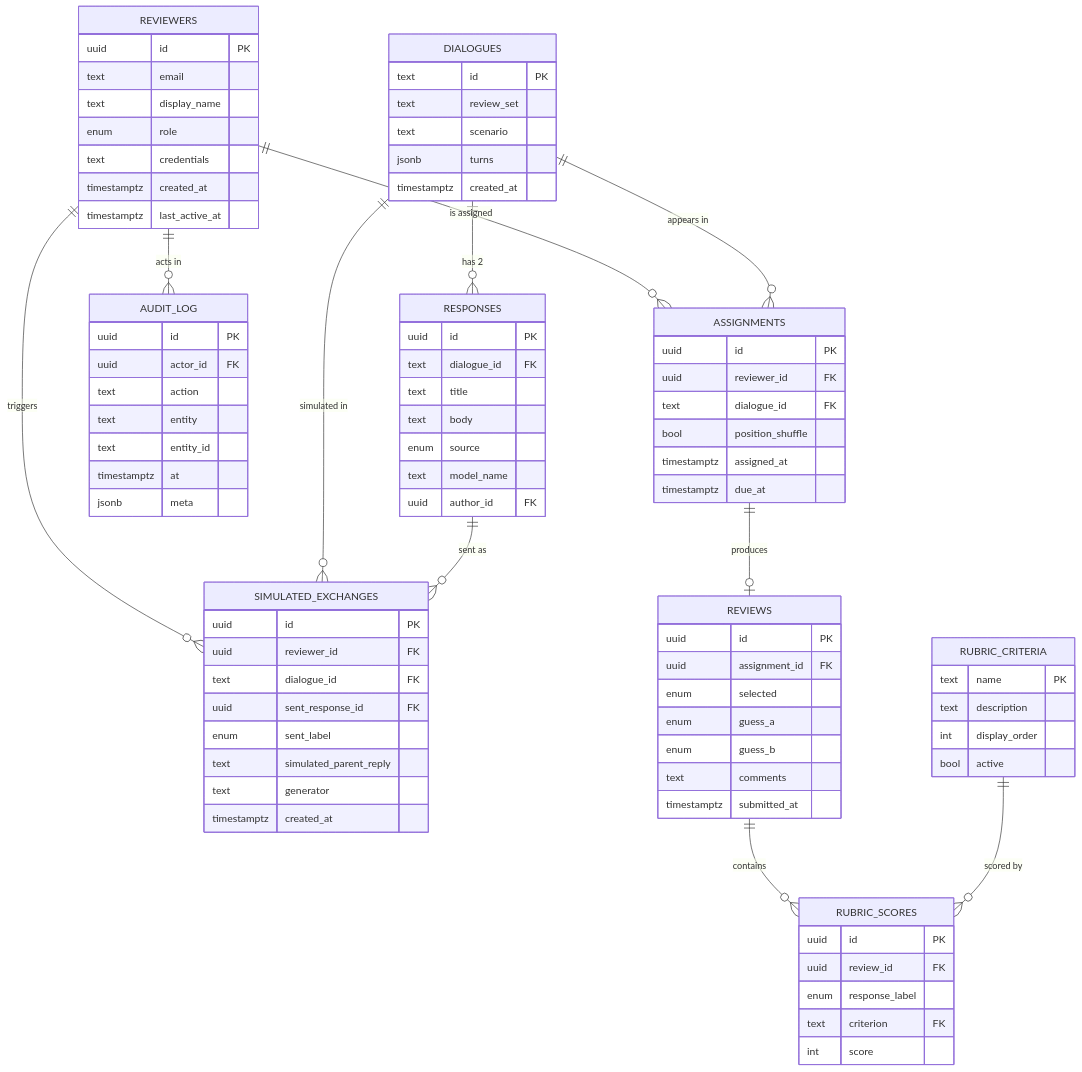
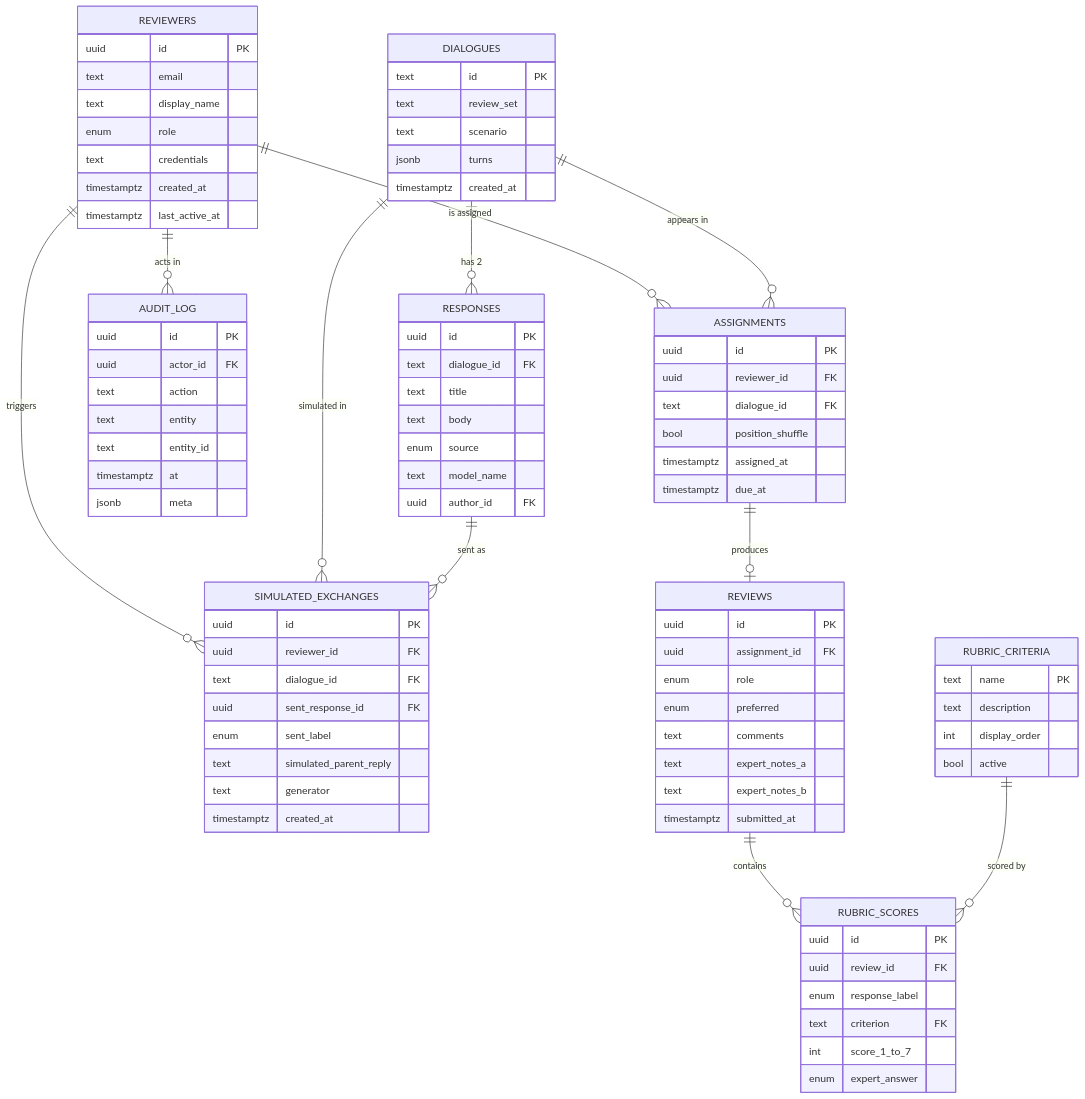
Before and after one commit to jayrosen-design/mira-reviewer: the second of 2 diagrams in README.md, drawn with Mermaid.

```diff
--- a/README.md
+++ b/README.md
@@ -201,10 +201,11 @@
     REVIEWS {
         uuid id PK
         uuid assignment_id FK
-        enum selected
-        enum guess_a
-        enum guess_b
+        enum role
+        enum preferred
         text comments
+        text expert_notes_a
+        text expert_notes_b
         timestamptz submitted_at
     }
     RUBRIC_SCORES {
@@ -212,7 +213,8 @@
         uuid review_id FK
         enum response_label
         text criterion FK
-        int score
+        int score_1_to_7
+        enum expert_answer
     }
     RUBRIC_CRITERIA {
         text name PK
```
